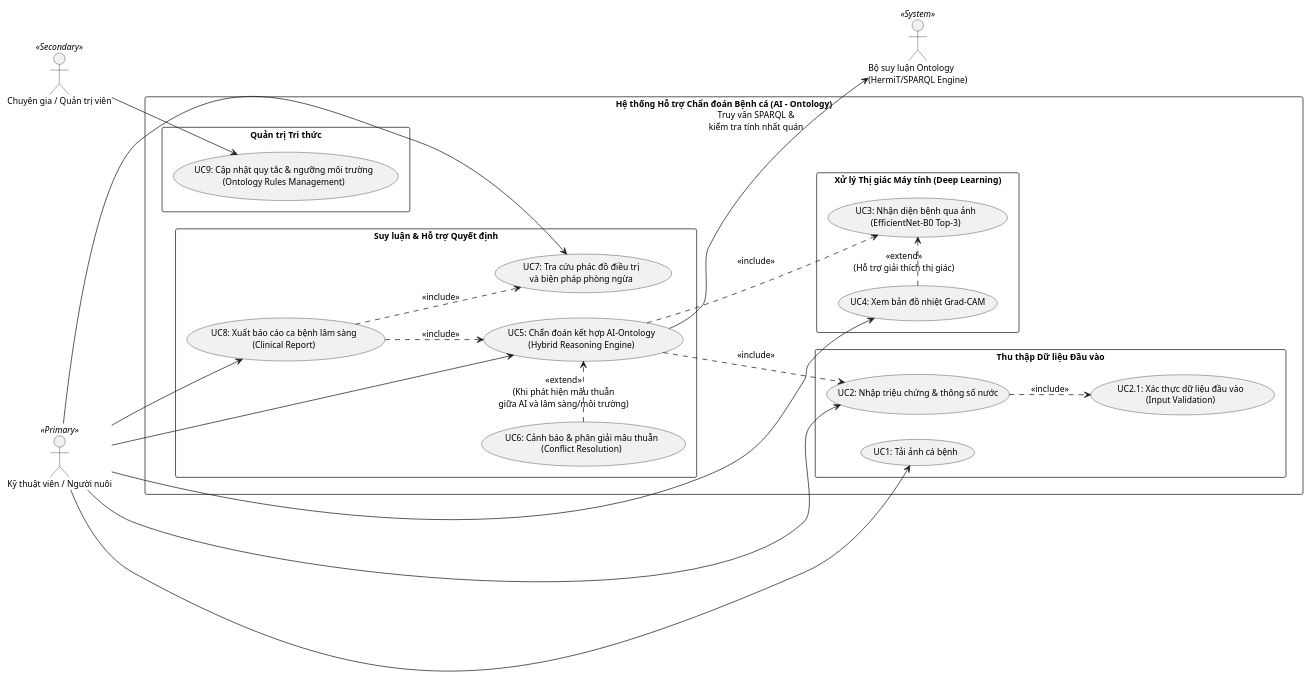
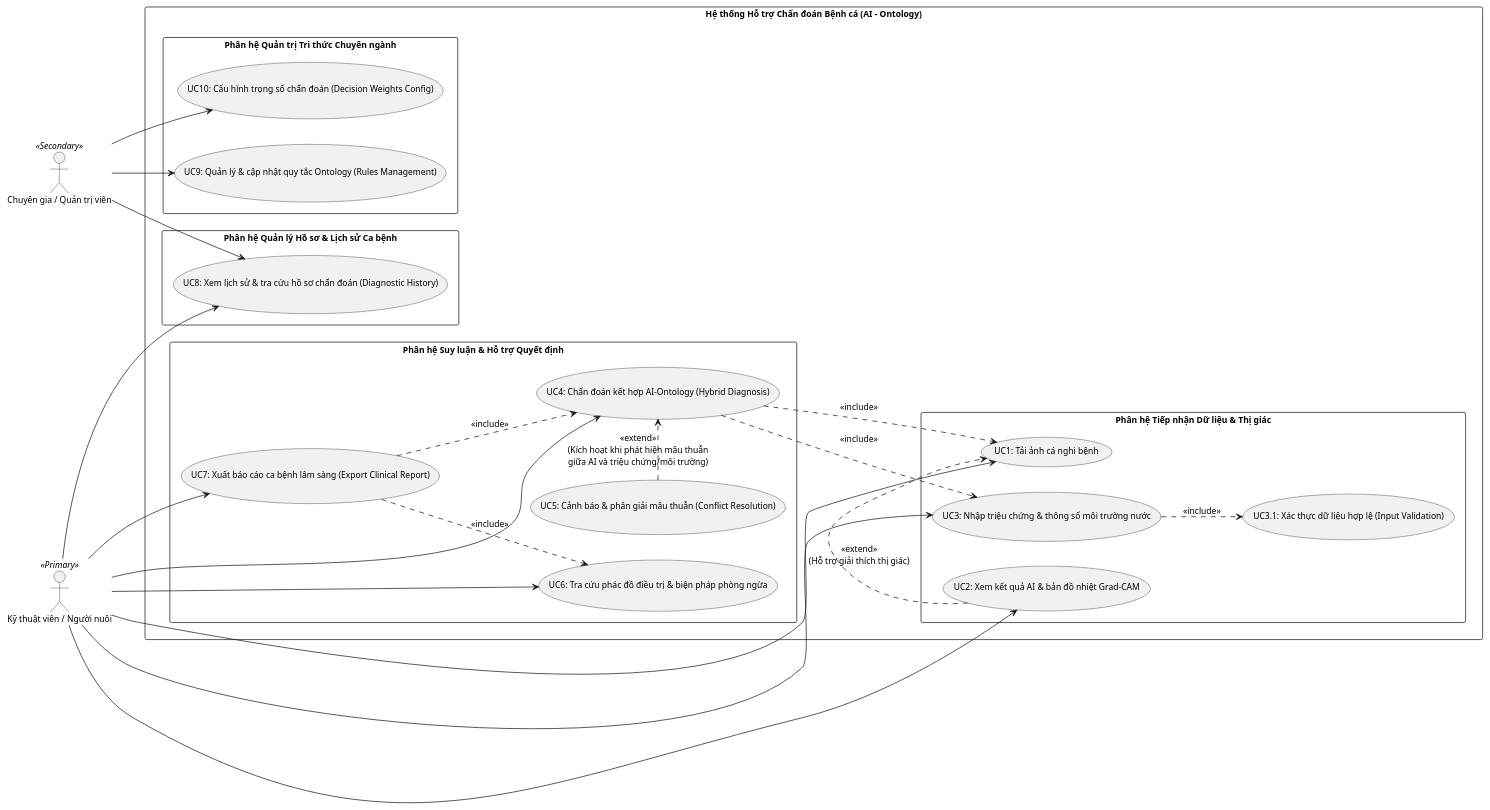
Before and after one commit to yenttk65ttql-glitch/HeThongPhatHienBenhCaDuaTrenHocSauVaOntology: the diagram in diagram/UseCase_He_Thong_Chan_Doan_Benh_Ca.puml, drawn with PlantUML. The commit also changed 1 other file, not shown here.

Commit message:
docs(usecase): Chuan hoa so do Use Case khong chua Actor he thong noi bo, bo sung UC8 xem lich su chan doan va cap nhat muc 3.2

```diff
--- a/diagram/UseCase_He_Thong_Chan_Doan_Benh_Ca.puml
+++ b/diagram/UseCase_He_Thong_Chan_Doan_Benh_Ca.puml
@@ -1,59 +1,63 @@
 @startuml UseCase_He_Thong_Chan_Doan_Benh_Ca
 left to right direction
 skinparam packageStyle rectangle
 skinparam shadowing false
 skinparam defaultFontName "Arial"
 skinparam defaultFontSize 12
 
+' Định nghĩa các Actor là người dùng bên ngoài hệ thống
 actor "Kỹ thuật viên / Người nuôi" as Tech <<Primary>>
-actor "Bộ suy luận Ontology\n(HermiT/SPARQL Engine)" as Onto <<System>>
 actor "Chuyên gia / Quản trị viên" as Expert <<Secondary>>
 
 rectangle "Hệ thống Hỗ trợ Chẩn đoán Bệnh cá (AI - Ontology)" {
 
-    package "Thu thập Dữ liệu Đầu vào" {
-        usecase "UC1: Tải ảnh cá bệnh" as UC1
-        usecase "UC2: Nhập triệu chứng & thông số nước" as UC2
-        usecase "UC2.1: Xác thực dữ liệu đầu vào\n(Input Validation)" as UC2_1
+    package "Phân hệ Tiếp nhận Dữ liệu & Thị giác" {
+        usecase "UC1: Tải ảnh cá nghi bệnh" as UC1
+        usecase "UC2: Xem kết quả AI & bản đồ nhiệt Grad-CAM" as UC2
+        usecase "UC3: Nhập triệu chứng & thông số môi trường nước" as UC3
+        usecase "UC3.1: Xác thực dữ liệu hợp lệ (Input Validation)" as UC3_1
     }
 
-    package "Xử lý Thị giác Máy tính (Deep Learning)" {
-        usecase "UC3: Nhận diện bệnh qua ảnh\n(EfficientNet-B0 Top-3)" as UC3
-        usecase "UC4: Xem bản đồ nhiệt Grad-CAM" as UC4
+    package "Phân hệ Suy luận & Hỗ trợ Quyết định" {
+        usecase "UC4: Chẩn đoán kết hợp AI–Ontology (Hybrid Diagnosis)" as UC4
+        usecase "UC5: Cảnh báo & phân giải mâu thuẫn (Conflict Resolution)" as UC5
+        usecase "UC6: Tra cứu phác đồ điều trị & biện pháp phòng ngừa" as UC6
+        usecase "UC7: Xuất báo cáo ca bệnh lâm sàng (Export Clinical Report)" as UC7
     }
 
-    package "Suy luận & Hỗ trợ Quyết định" {
-        usecase "UC5: Chẩn đoán kết hợp AI–Ontology\n(Hybrid Reasoning Engine)" as UC5
-        usecase "UC6: Cảnh báo & phân giải mâu thuẫn\n(Conflict Resolution)" as UC6
-        usecase "UC7: Tra cứu phác đồ điều trị\nvà biện pháp phòng ngừa" as UC7
-        usecase "UC8: Xuất báo cáo ca bệnh lâm sàng\n(Clinical Report)" as UC8
+    package "Phân hệ Quản lý Hồ sơ & Lịch sử Ca bệnh" {
+        usecase "UC8: Xem lịch sử & tra cứu hồ sơ chẩn đoán (Diagnostic History)" as UC8
     }
 
-    package "Quản trị Tri thức" {
-        usecase "UC9: Cập nhật quy tắc & ngưỡng môi trường\n(Ontology Rules Management)" as UC9
+    package "Phân hệ Quản trị Tri thức Chuyên ngành" {
+        usecase "UC9: Quản lý & cập nhật quy tắc Ontology (Rules Management)" as UC9
+        usecase "UC10: Cấu hình trọng số chẩn đoán (Decision Weights Config)" as UC10
     }
 }
 
-' Quan hệ giữa Actor và Use Case
+' Tương tác của Kỹ thuật viên / Người nuôi
 Tech --> UC1
 Tech --> UC2
+Tech --> UC3
 Tech --> UC4
-Tech --> UC5
+Tech --> UC6
 Tech --> UC7
 Tech --> UC8
 
-UC5 --> Onto : "Truy vấn SPARQL &\nkiểm tra tính nhất quán"
+' Tương tác của Chuyên gia / Quản trị viên
+Expert --> UC8
 Expert --> UC9
+Expert --> UC10
 
 ' Quan hệ <<include>>
-UC2 ..> UC2_1 : <<include>>
-UC5 ..> UC3 : <<include>>
-UC5 ..> UC2 : <<include>>
-UC8 ..> UC5 : <<include>>
-UC8 ..> UC7 : <<include>>
+UC3 ..> UC3_1 : <<include>>
+UC4 ..> UC1 : <<include>>
+UC4 ..> UC3 : <<include>>
+UC7 ..> UC4 : <<include>>
+UC7 ..> UC6 : <<include>>
 
 ' Quan hệ <<extend>>
-UC6 .> UC5 : <<extend>>\n(Khi phát hiện mâu thuẫn\ngiữa AI và lâm sàng/môi trường)
-UC4 .> UC3 : <<extend>>\n(Hỗ trợ giải thích thị giác)
+UC2 .> UC1 : <<extend>>\n(Hỗ trợ giải thích thị giác)
+UC5 .> UC4 : <<extend>>\n(Kích hoạt khi phát hiện mâu thuẫn\ngiữa AI và triệu chứng/môi trường)
 
 @enduml
```
